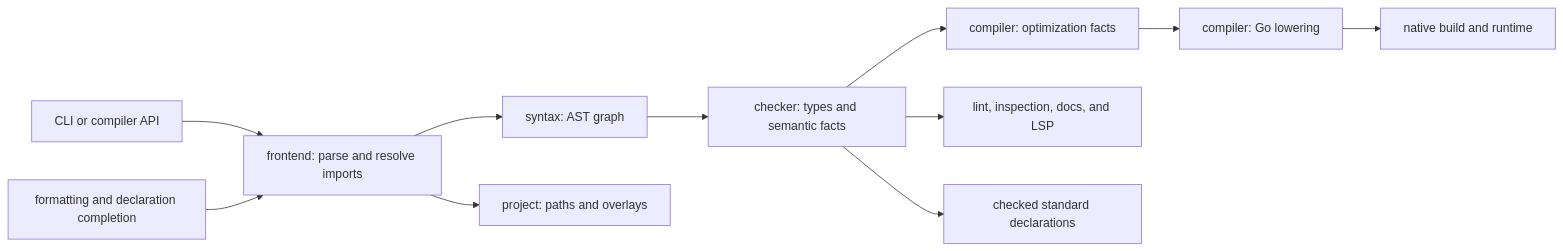
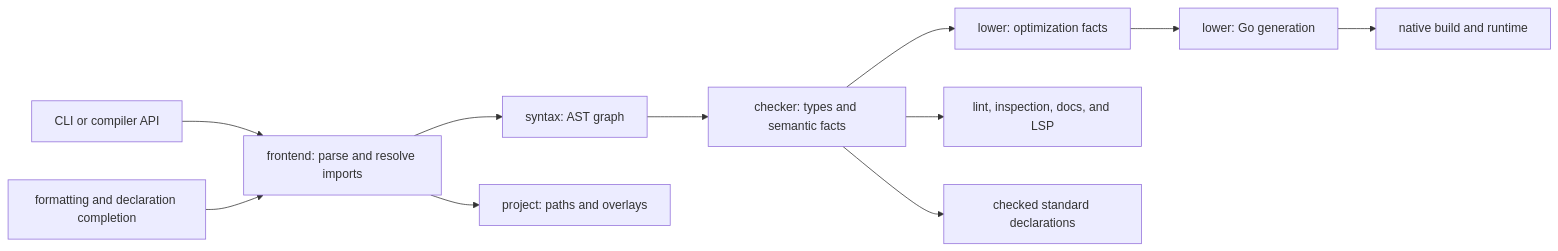
One commit to manuscript-lang/manuscript changed the diagram in documentation/contributing/architecture.md. Above: the diagram before and after it, drawn with Mermaid. The commit also changed other lines of this file and 26 other files, not shown here.

````diff
--- a/documentation/contributing/architecture.md
+++ b/documentation/contributing/architecture.md
@@ -14,13 +14,13 @@
 ```mermaid
 flowchart LR
   CLI[CLI or compiler API] --> Parse[frontend: parse and resolve imports]
   Parse --> AST[syntax: AST graph]
   AST --> Check[checker: types and semantic facts]
-  Check --> Optimize[compiler: optimization facts]
-  Optimize --> Lower[compiler: Go lowering]
+  Check --> Optimize[lower: optimization facts]
+  Optimize --> Lower[lower: Go generation]
   Lower --> Native[native build and runtime]
   SyntaxTools[formatting and declaration completion] --> Parse
   Check --> SourceTools[lint, inspection, docs, and LSP]
   Parse --> Project[project: paths and overlays]
   Check --> Stdlib[checked standard declarations]
 ```
````
